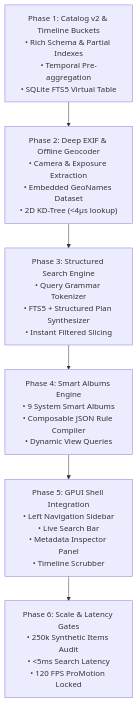
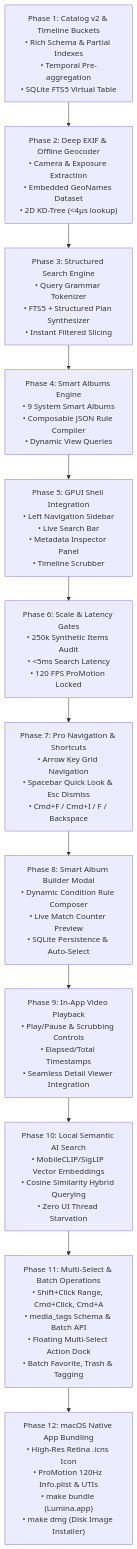
One commit to raysca/lumina changed the diagram in docs/roadmap_v2.md. Above: the diagram before and after it, drawn with Mermaid. The commit also changed other lines of this file and 109 other files, not shown here.

First line of the commit message:
feat: v0.2 architecture — catalog v2, GPUI shell, icons, video player

````diff
--- a/docs/roadmap_v2.md
+++ b/docs/roadmap_v2.md
@@ -9,8 +9,14 @@
 ```mermaid
 flowchart TD
     P1["Phase 1: Catalog v2 & Timeline Buckets\n• Rich Schema & Partial Indexes\n• Temporal Pre-aggregation\n• SQLite FTS5 Virtual Table"] --> P2["Phase 2: Deep EXIF & Offline Geocoder\n• Camera & Exposure Extraction\n• Embedded GeoNames Dataset\n• 2D KD-Tree (<4µs lookup)"]
     P2 --> P3["Phase 3: Structured Search Engine\n• Query Grammar Tokenizer\n• FTS5 + Structured Plan Synthesizer\n• Instant Filtered Slicing"]
     P3 --> P4["Phase 4: Smart Albums Engine\n• 9 System Smart Albums\n• Composable JSON Rule Compiler\n• Dynamic View Queries"]
     P4 --> P5["Phase 5: GPUI Shell Integration\n• Left Navigation Sidebar\n• Live Search Bar\n• Metadata Inspector Panel\n• Timeline Scrubber"]
     P5 --> P6["Phase 6: Scale & Latency Gates\n• 250k Synthetic Items Audit\n• <5ms Search Latency\n• 120 FPS ProMotion Locked"]
+    P6 --> P7["Phase 7: Pro Navigation & Shortcuts\n• Arrow Key Grid Navigation\n• Spacebar Quick Look & Esc Dismiss\n• Cmd+F / Cmd+I / F / Backspace"]
+    P7 --> P8["Phase 8: Smart Album Builder Modal\n• Dynamic Condition Rule Composer\n• Live Match Counter Preview\n• SQLite Persistence & Auto-Select"]
+    P8 --> P9["Phase 9: In-App Video Playback\n• Play/Pause & Scrubbing Controls\n• Elapsed/Total Timestamps\n• Seamless Detail Viewer Integration"]
+    P9 --> P10["Phase 10: Local Semantic AI Search\n• MobileCLIP/SigLIP Vector Embeddings\n• Cosine Similarity Hybrid Querying\n• Zero UI Thread Starvation"]
+    P10 --> P11["Phase 11: Multi-Select & Batch Operations\n• Shift+Click Range, Cmd+Click, Cmd+A\n• media_tags Schema & Batch API\n• Floating Multi-Select Action Dock\n• Batch Favorite, Trash & Tagging"]
+    P11 --> P12["Phase 12: macOS Native App Bundling\n• High-Res Retina .icns Icon\n• ProMotion 120Hz Info.plist & UTIs\n• make bundle (Lumina.app)\n• make dmg (Disk Image Installer)"]
 ```
````
